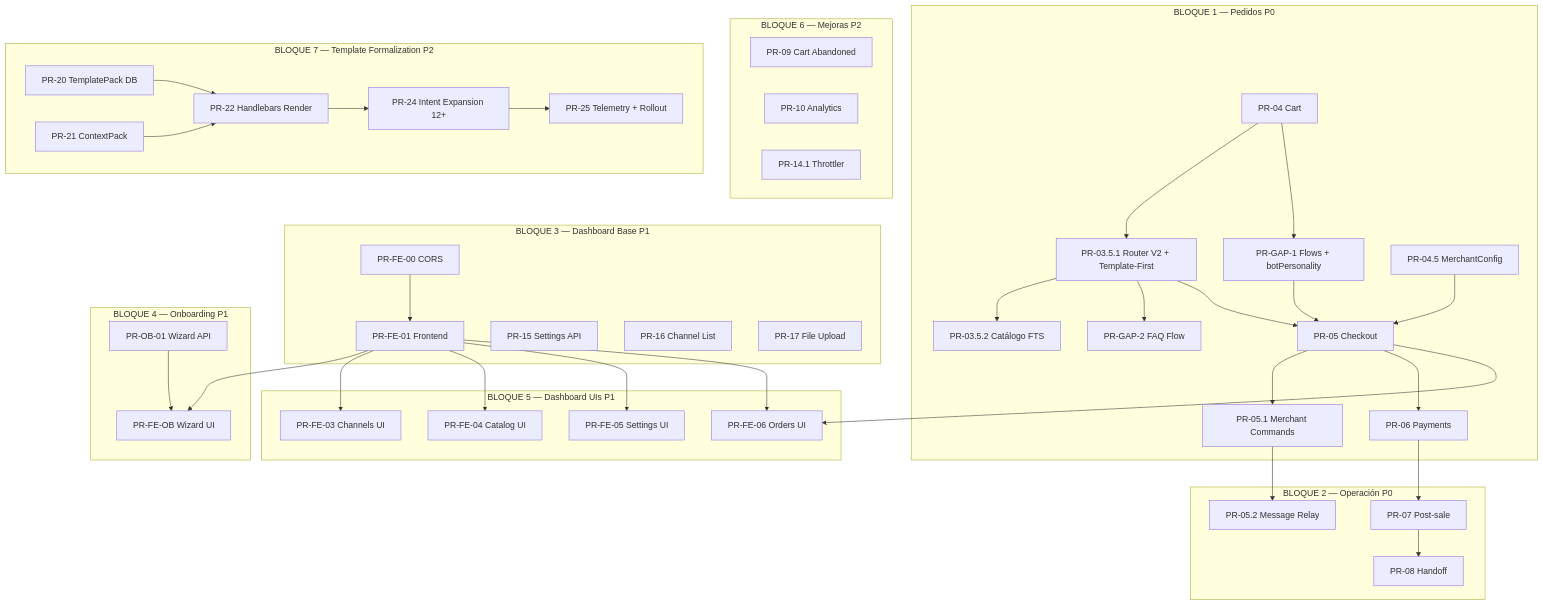
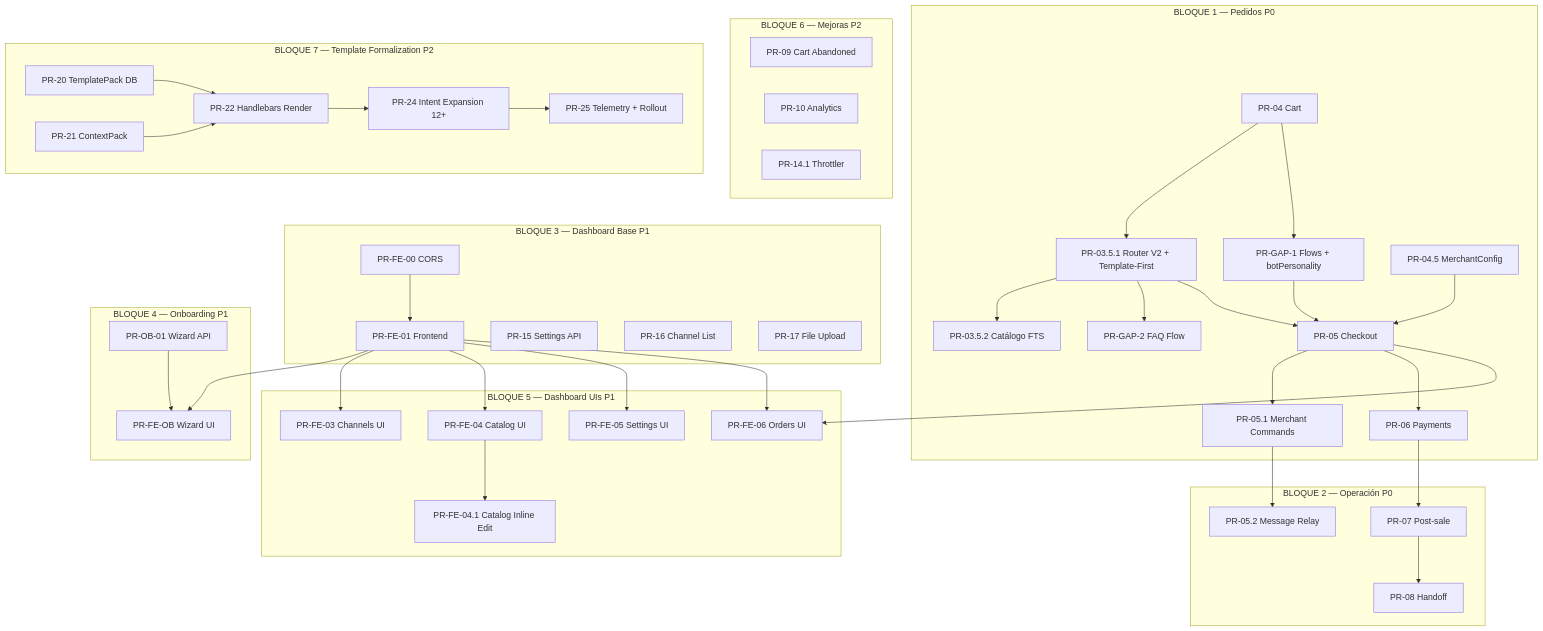
The diagram in docs/plan/PR-STACK-core-v1.md (ferbbo/closy-bot), drawn with Mermaid before and after one commit. The commit also changed other lines of this file and 6 other files, not shown here.

````diff
--- a/docs/plan/PR-STACK-core-v1.md
+++ b/docs/plan/PR-STACK-core-v1.md
@@ -307,47 +307,48 @@
 ```mermaid
 graph TD
     subgraph "BLOQUE 1 — Pedidos P0"
         PR04[PR-04 Cart] --> PR0351[PR-03.5.1 Router V2 + Template-First]
         PR04 --> PRGAP1[PR-GAP-1 Flows + botPersonality]
         PR0351 --> PR0352[PR-03.5.2 Catálogo FTS]
         PR0351 --> PRGAP2[PR-GAP-2 FAQ Flow]
         PR045[PR-04.5 MerchantConfig] --> PR05[PR-05 Checkout]
         PR0351 --> PR05
         PRGAP1 --> PR05
         PR05 --> PR051[PR-05.1 Merchant Commands]
         PR05 --> PR06[PR-06 Payments]
     end
     subgraph "BLOQUE 2 — Operación P0"
         PR06 --> PR07[PR-07 Post-sale]
         PR051 --> PR052[PR-05.2 Message Relay]
         PR07 --> PR08[PR-08 Handoff]
     end
     subgraph "BLOQUE 3 — Dashboard Base P1"
         PRFE00[PR-FE-00 CORS] --> PRFE01[PR-FE-01 Frontend]
         PR15[PR-15 Settings API]
         PR16[PR-16 Channel List]
         PR17[PR-17 File Upload]
     end
     subgraph "BLOQUE 4 — Onboarding P1"
         PROB01[PR-OB-01 Wizard API] --> PRFEOB[PR-FE-OB Wizard UI]
         PRFE01 --> PRFEOB
     end
     subgraph "BLOQUE 5 — Dashboard UIs P1"
         PRFE01 --> PRFE03[PR-FE-03 Channels UI]
         PRFE01 --> PRFE04[PR-FE-04 Catalog UI]
+        PRFE04 --> PRFE041[PR-FE-04.1 Catalog Inline Edit]
         PRFE01 --> PRFE05[PR-FE-05 Settings UI]
         PRFE01 --> PRFE06[PR-FE-06 Orders UI]
         PR05 --> PRFE06
     end
     subgraph "BLOQUE 6 — Mejoras P2"
         PR09[PR-09 Cart Abandoned]
         PR10[PR-10 Analytics]
         PR141[PR-14.1 Throttler]
     end
     subgraph "BLOQUE 7 — Template Formalization P2"
         PR20[PR-20 TemplatePack DB] --> PR22[PR-22 Handlebars Render]
         PR21[PR-21 ContextPack] --> PR22
         PR22 --> PR24[PR-24 Intent Expansion 12+]
         PR24 --> PR25[PR-25 Telemetry + Rollout]
     end
 ```
````
